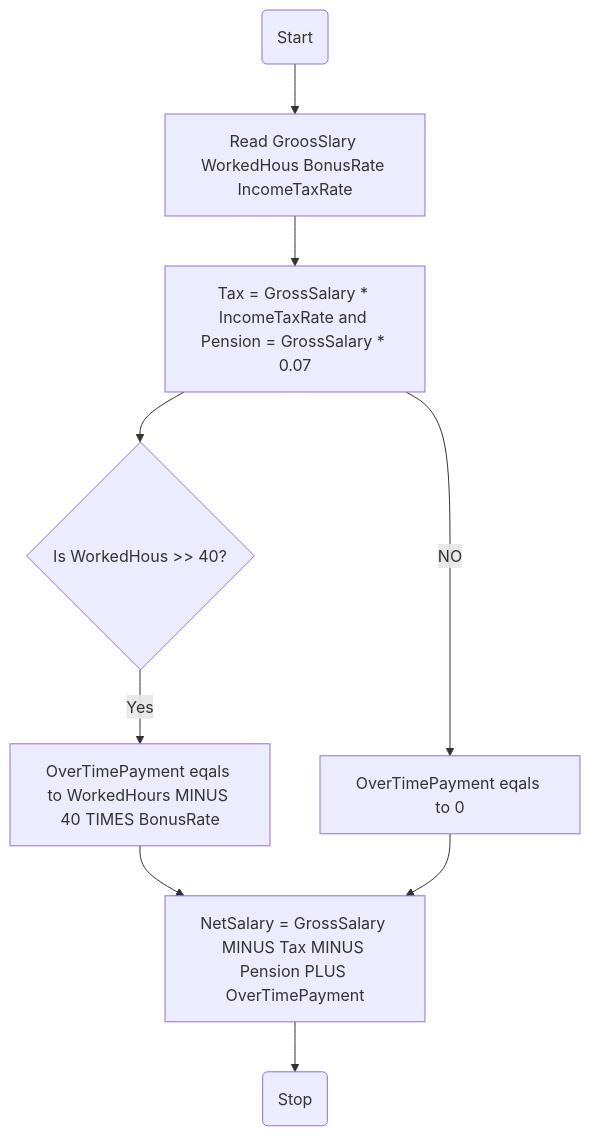
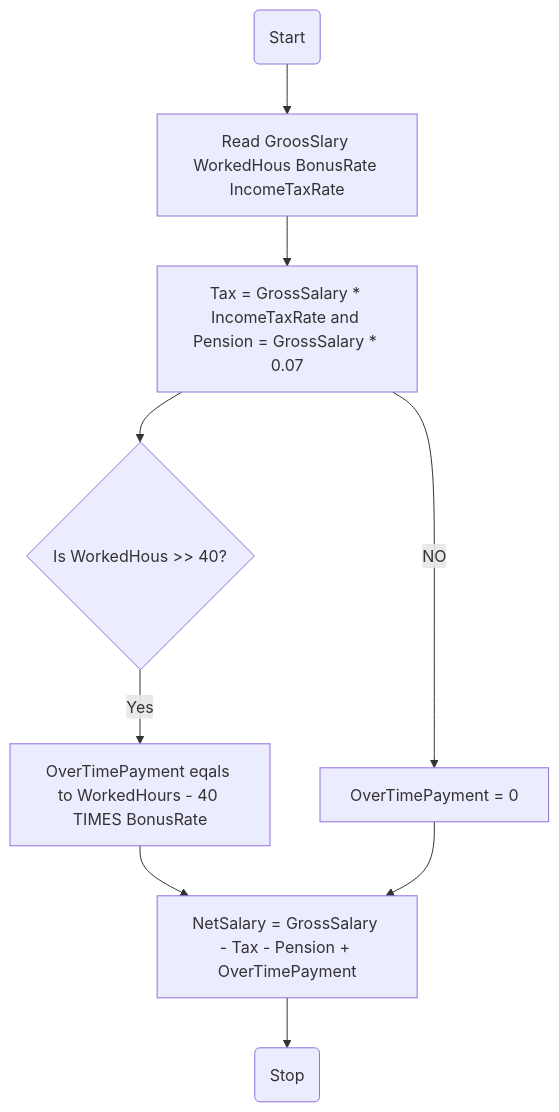
One commit to SWEG-2015EC-Batch/Code-Warrior changed the diagram in ETS1351_15_Yabets_Maregn/income_calculator/flowchart.md. Above: the diagram before and after it, drawn with Mermaid.

````diff
--- a/ETS1351_15_Yabets_Maregn/income_calculator/flowchart.md
+++ b/ETS1351_15_Yabets_Maregn/income_calculator/flowchart.md
@@ -1,11 +1,11 @@
 ```mermaid
 graph TD;
 A(Start) --> B[Read GroosSlary WorkedHous BonusRate IncomeTaxRate]
 B --> C[Tax = GrossSalary * IncomeTaxRate and Pension = GrossSalary * 0.07]
 C --> D{Is WorkedHous >> 40?}
-D -- Yes --> E[OverTimePayment eqals to WorkedHours MINUS 40 TIMES BonusRate]
-E --> G[NetSalary = GrossSalary MINUS Tax MINUS Pension PLUS OverTimePayment ]
-C -- NO --> F[OverTimePayment eqals to 0]
-F --> G[NetSalary = GrossSalary MINUS Tax MINUS Pension PLUS OverTimePayment ]
+D -- Yes --> E[OverTimePayment eqals to WorkedHours - 40 TIMES BonusRate]
+E --> G[NetSalary = GrossSalary - Tax - Pension + OverTimePayment ]
+C -- NO --> F[OverTimePayment = 0]
+F --> G[NetSalary = GrossSalary - Tax - Pension + OverTimePayment ]
 G --> H(Stop)
 ```
````
